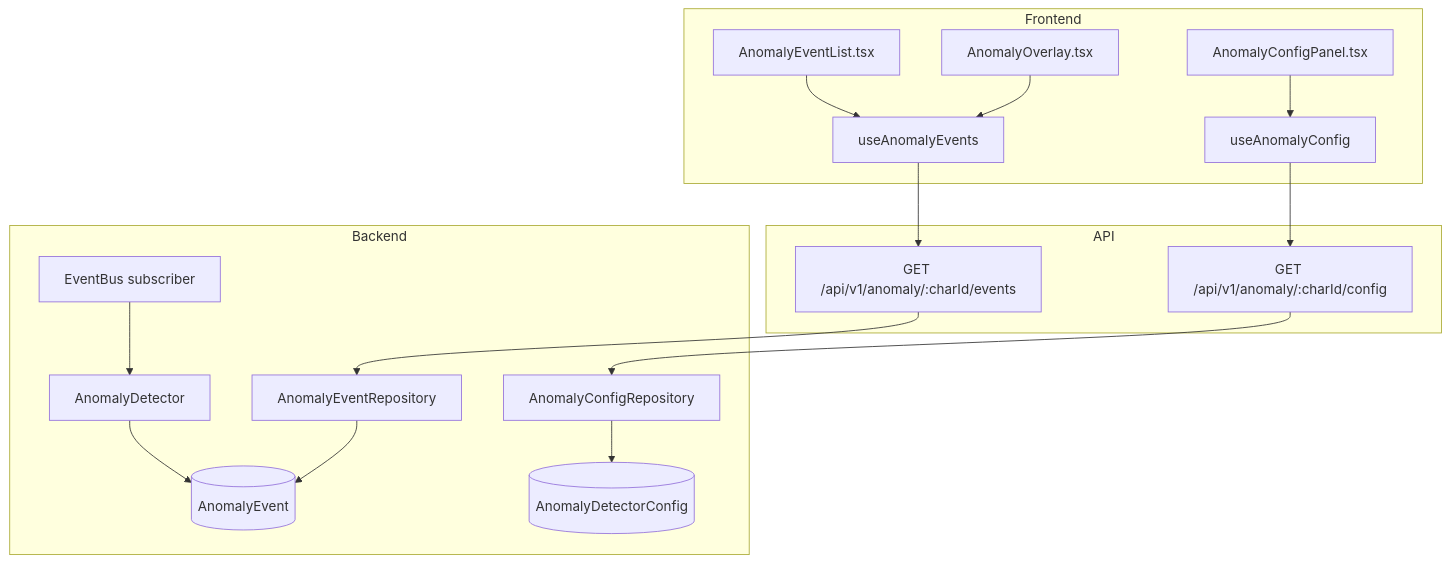
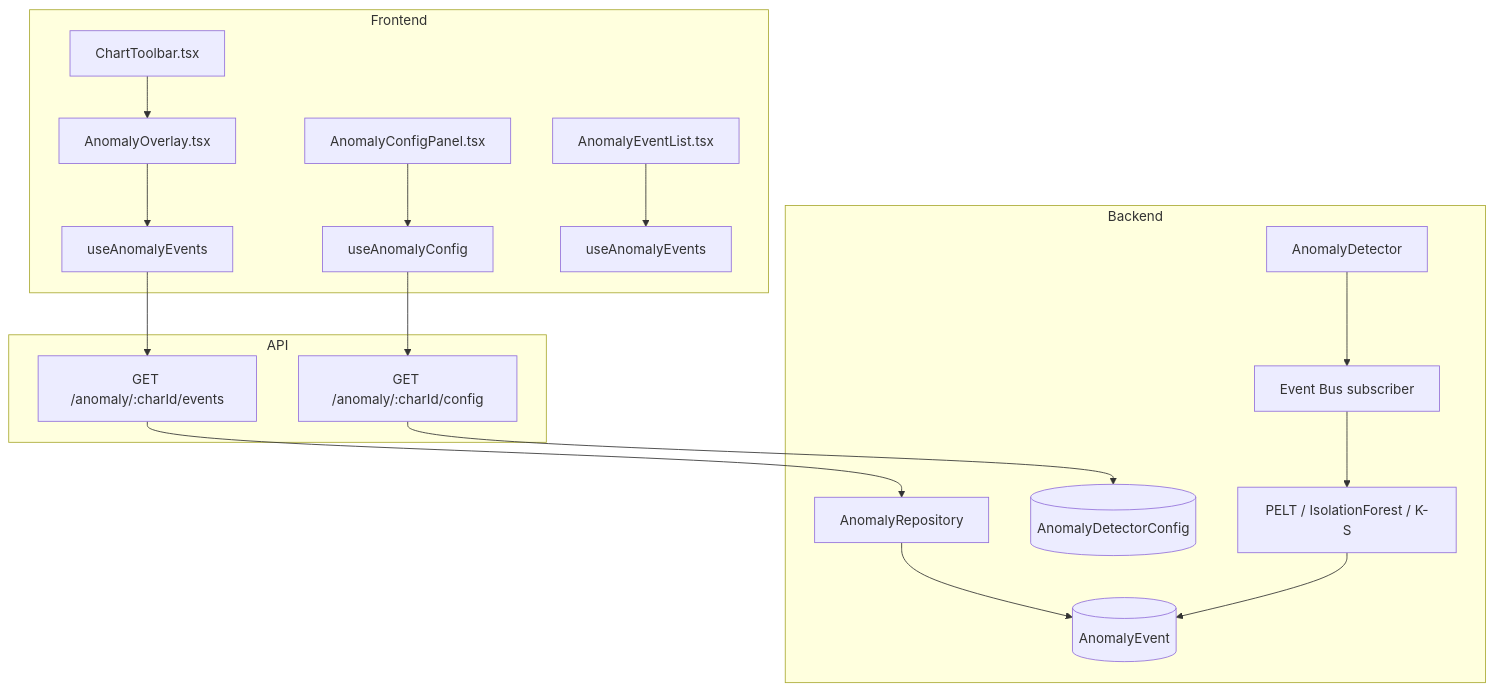
Before and after one commit to saturnis-io/cassini: the first of 2 diagrams in .knowledge/features/anomaly.md, drawn with Mermaid. The commit also changed other lines of this file and 16 other files, not shown here.

First line of the commit message:
knowledge-graph: regenerate

````diff
--- a/.knowledge/features/anomaly.md
+++ b/.knowledge/features/anomaly.md
@@ -5,20 +5,21 @@
 ```mermaid
 flowchart TD
     subgraph Frontend
         C1[AnomalyOverlay.tsx] --> H1[useAnomalyEvents]
         C2[AnomalyConfigPanel.tsx] --> H2[useAnomalyConfig]
-        C3[AnomalyEventList.tsx] --> H1
+        C3[AnomalyEventList.tsx] --> H3[useAnomalyEvents]
+        C4[ChartToolbar.tsx] --> C1
     end
     subgraph API
-        H1 --> E1[GET /api/v1/anomaly/:charId/events]
-        H2 --> E2[GET /api/v1/anomaly/:charId/config]
+        H1 --> E1[GET /anomaly/:charId/events]
+        H2 --> E2[GET /anomaly/:charId/config]
     end
     subgraph Backend
-        E1 --> R1[AnomalyEventRepository]
+        E1 --> R1[AnomalyRepository]
         R1 --> M1[(AnomalyEvent)]
-        E2 --> R2[AnomalyConfigRepository]
-        R2 --> M2[(AnomalyDetectorConfig)]
-        S1[EventBus subscriber] --> S2[AnomalyDetector]
-        S2 --> M1
+        E2 --> M2[(AnomalyDetectorConfig)]
+        S1[AnomalyDetector] --> S2[Event Bus subscriber]
+        S2 --> S3[PELT / IsolationForest / K-S]
+        S3 --> M1
     end
 ```
````
